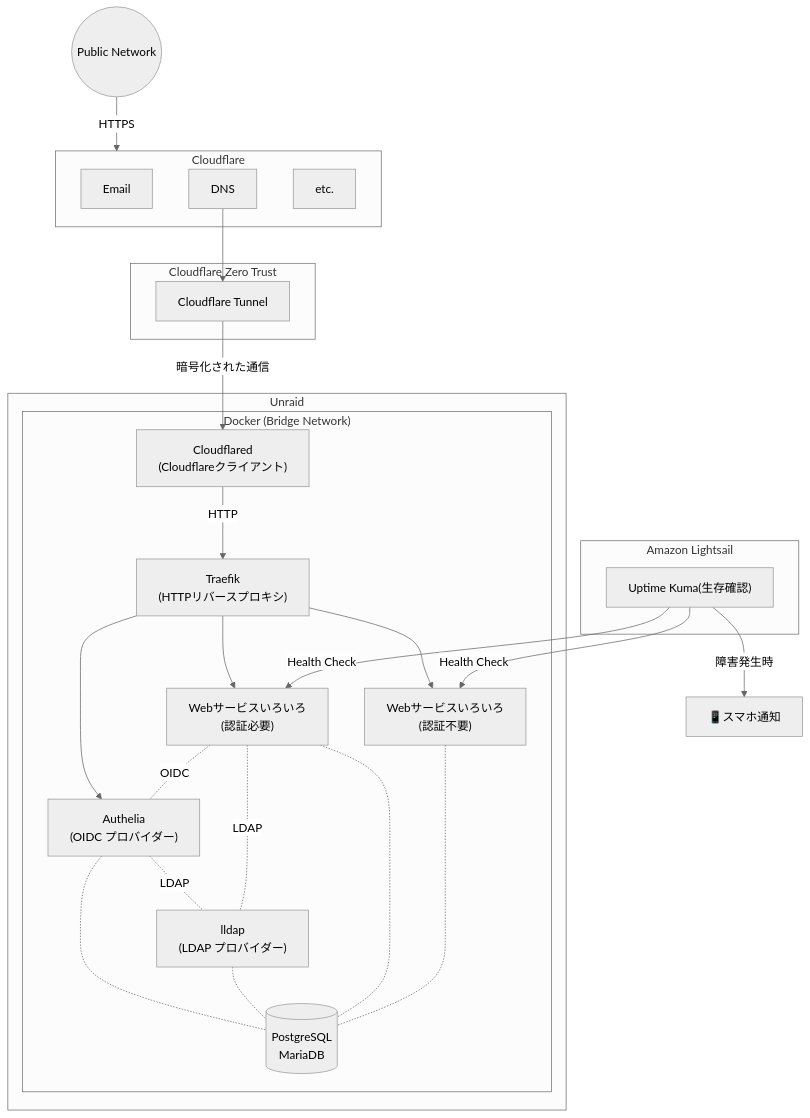
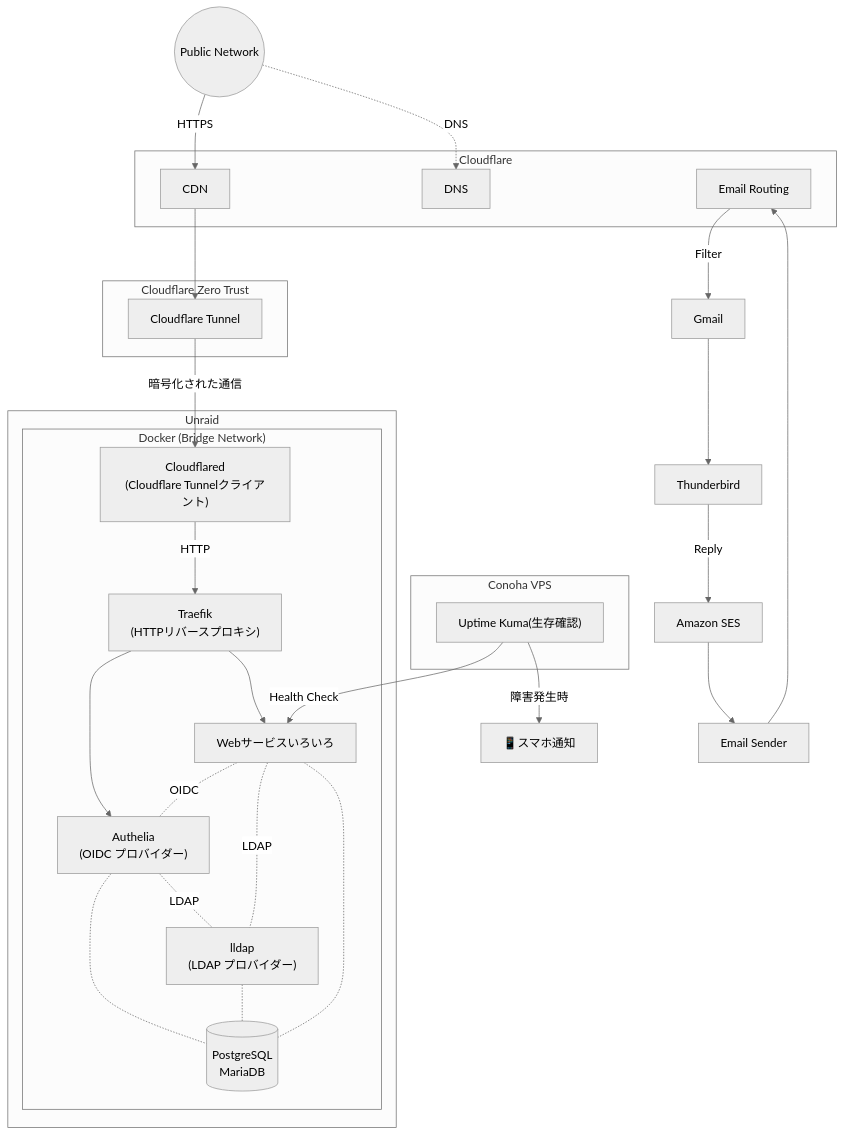
One commit to Insulinocytus/insulinocytus.github.io changed the diagram in _posts/2025-10-22-find-job.md. Above: the diagram before and after it, drawn with Mermaid (neutral theme). The commit also changed other lines of this file, not shown here.

````diff
--- a/_posts/2025-10-22-find-job.md
+++ b/_posts/2025-10-22-find-job.md
@@ -52,44 +53,48 @@
 ```mermaid
 flowchart TD
   subgraph Cloudflare
-    Email
+    EmailRouting["Email Routing"]
     DNS
-    etc.
+    CDN
   end
   subgraph Cloudflare Zero Trust
     Tunnel[Cloudflare Tunnel]
   end
   subgraph Unraid
     subgraph UnraidDocker["Docker (Bridge Network)"]
-    Cloudflared["Cloudflared<br>(Cloudflareクライアント)"]
+    Cloudflared["Cloudflared<br>(Cloudflare Tunnelクライアント)"]
     Traefik["Traefik<br>(HTTPリバースプロキシ)"]
     Authelia["Authelia<br>(OIDC プロバイダー)"]
     lldap["lldap<br>(LDAP プロバイダー)"]
-    PrivateWebServices["Webサービスいろいろ<br>(認証必要)"]
-    PublicWebServices["Webサービスいろいろ<br>(認証不要)"]
+    WebServices["Webサービスいろいろ"]
     Database[("PostgreSQL<br>MariaDB")]
     Authelia -.-|LDAP| lldap
     Traefik --> Authelia
-    Traefik --> PrivateWebServices
-    Traefik --> PublicWebServices
-    PrivateWebServices -.-|OIDC| Authelia
-    PrivateWebServices -.-|LDAP| lldap
+    Traefik --> WebServices
+    WebServices -.-|OIDC| Authelia
+    WebServices -.-|LDAP| lldap
     Authelia -.- Database
     lldap -.- Database
-    PrivateWebServices -.- Database
-    PublicWebServices -.- Database
+    WebServices -.- Database
     end
   end
-  subgraph Amazon Lightsail
+  subgraph Conoha VPS
     UptimeKuma["Uptime Kuma(生存確認)"]
   end
+  PublicNetwork((Public Network))
   Phone["📱スマホ通知"]
+  Gmail
+  EmailSender["Email Sender"]
+  Thunderbird
+  AWSSES["Amazon SES"]
 
   UptimeKuma -->|"障害発生時"| Phone
-  UptimeKuma -->|"Health Check"| PublicWebServices
-  UptimeKuma -->|"Health Check"| PrivateWebServices
-  PublicNetwork((Public Network)) -->|"HTTPS"| Cloudflare
-  DNS --> Tunnel
+  UptimeKuma -->|"Health Check"| WebServices
+  PublicNetwork -->|"HTTPS"| CDN
+  PublicNetwork -.->|"DNS"| DNS
+  CDN --> Tunnel
   Tunnel -->|"暗号化された通信"| Cloudflared
   Cloudflared -->|"HTTP"| Traefik
+  
+  EmailSender --> EmailRouting -->|"Filter"| Gmail --> Thunderbird -->|"Reply"| AWSSES --> EmailSender
 ```
````
